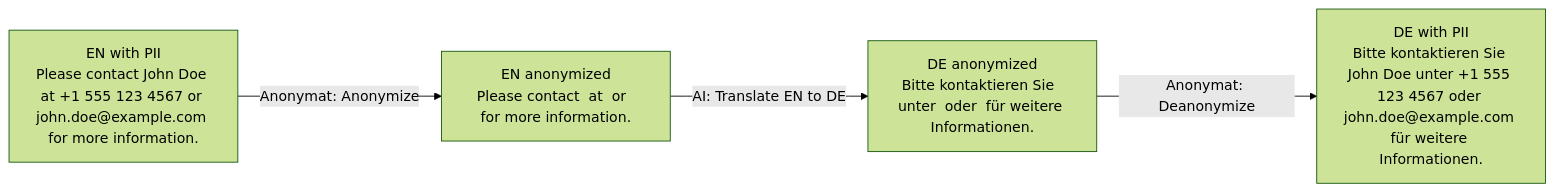
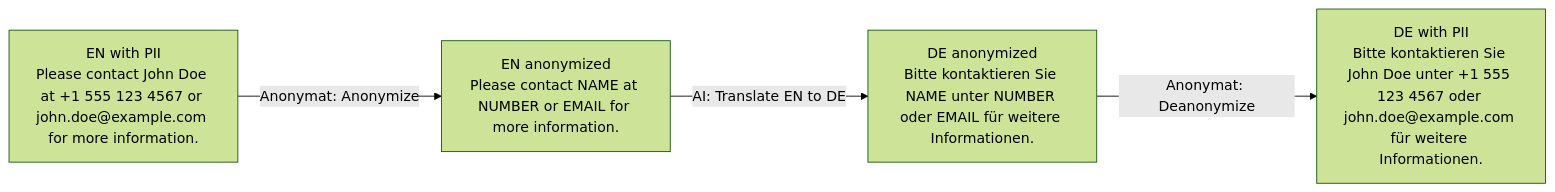
The diagram in README.md (Uli-Z/Anonymat), drawn with Mermaid (forest theme) before and after one commit.

Commit message:
Simplify Mermaid labels for placeholder text

````diff
--- a/README.md
+++ b/README.md
@@ -15,11 +15,11 @@
 ```mermaid
 flowchart LR
   A["EN with PII<br/>Please contact John Doe at +1 555 123 4567 or john.doe@example.com for more information."]
-  B["EN anonymized<br/>Please contact <NAME> at <NUMBER> or <EMAIL> for more information."]
-  C["DE anonymized<br/>Bitte kontaktieren Sie <NAME> unter <NUMBER> oder <EMAIL> für weitere Informationen."]
+  B["EN anonymized<br/>Please contact NAME at NUMBER or EMAIL for more information."]
+  C["DE anonymized<br/>Bitte kontaktieren Sie NAME unter NUMBER oder EMAIL für weitere Informationen."]
   D["DE with PII<br/>Bitte kontaktieren Sie John Doe unter +1 555 123 4567 oder john.doe@example.com für weitere Informationen."]
 
   A -->|Anonymat: Anonymize| B
   B -->|AI: Translate EN to DE| C
   C -->|Anonymat: Deanonymize| D
 ```
````
